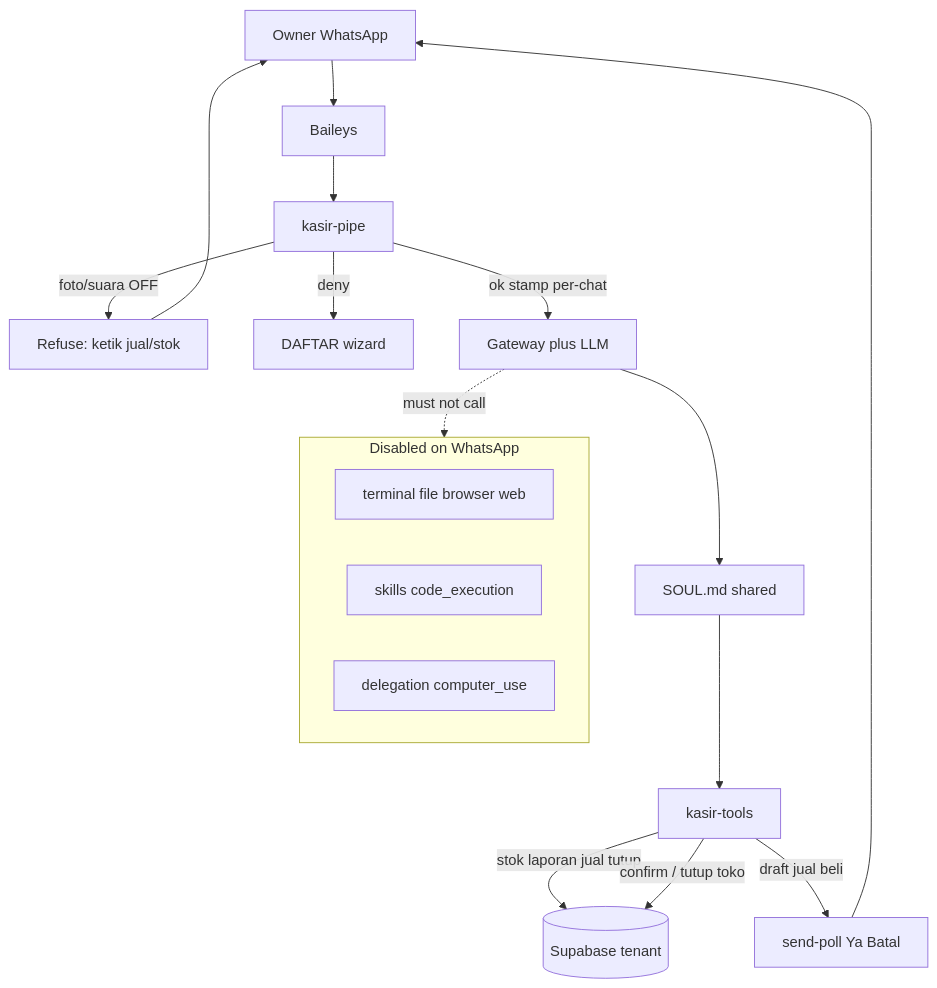
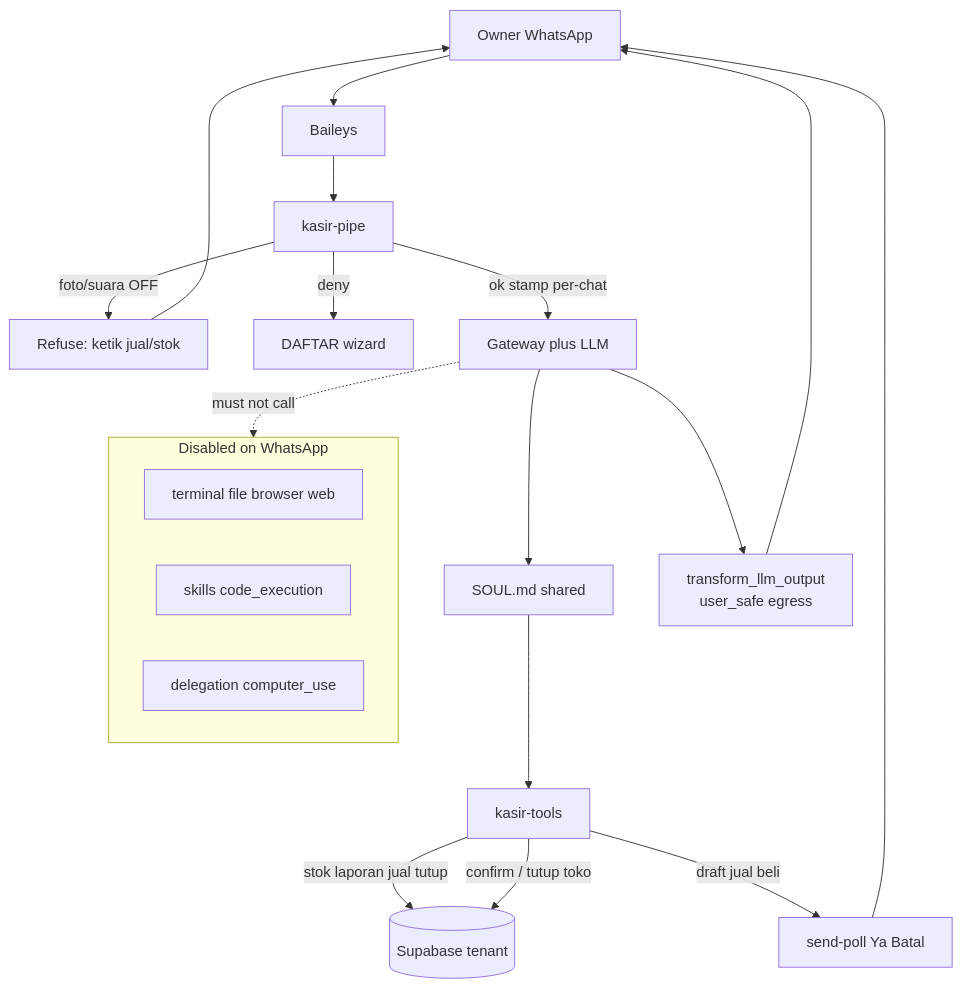
Before and after one commit to nusantarasoft/juragan-aibuilder-cup: the diagram in diagrams/aistudio/umkm-wa/system/L6-kasir-agent-path.mmd, drawn with Mermaid. The commit also changed 8 other files, not shown here.

First line of the commit message:
feat(hermes): sanitize agent WhatsApp replies via transform_llm_output

```diff
--- a/diagrams/aistudio/umkm-wa/system/L6-kasir-agent-path.mmd
+++ b/diagrams/aistudio/umkm-wa/system/L6-kasir-agent-path.mmd
@@ -1,21 +1,23 @@
 %% System: allowlisted kasir turn (Hermes) — tools not skills; chat-only default
 flowchart TB
   U[Owner WhatsApp] --> B[Baileys]
   B --> P[kasir-pipe]
   P -->|foto/suara OFF| REF[Refuse: ketik jual/stok]
   REF --> U
   P -->|deny| R[DAFTAR wizard]
   P -->|ok stamp per-chat| G[Gateway plus LLM]
   G --> S[SOUL.md shared]
   S --> T[kasir-tools]
   T -->|stok laporan jual tutup| DB[(Supabase tenant)]
   T -->|draft jual beli| POLL[send-poll Ya Batal]
   POLL --> U
   T -->|confirm / tutup toko| DB
+  G --> E[transform_llm_output<br/>user_safe egress]
+  E --> U
 
   subgraph deny["Disabled on WhatsApp"]
     X1[terminal file browser web]
     X2[skills code_execution]
     X3[delegation computer_use]
   end
   G -.->|must not call| deny
```
